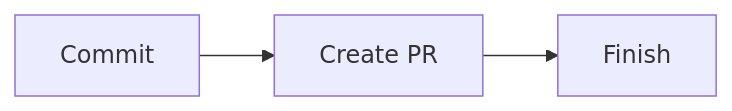
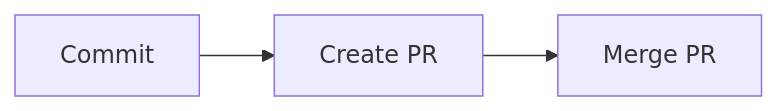
The diagram in skills/engineering/git-helpers/README.md (adeonir/agent-skills), drawn with Mermaid before and after one commit. The commit also changed other lines of this file and 2 other files, not shown here.

````diff
--- a/skills/engineering/git-helpers/README.md
+++ b/skills/engineering/git-helpers/README.md
@@ -9,5 +9,5 @@
 ```mermaid
 flowchart LR
     A[Commit] --> B[Create PR]
-    B --> C[Finish]
+    B --> C[Merge PR]
 ```
````
